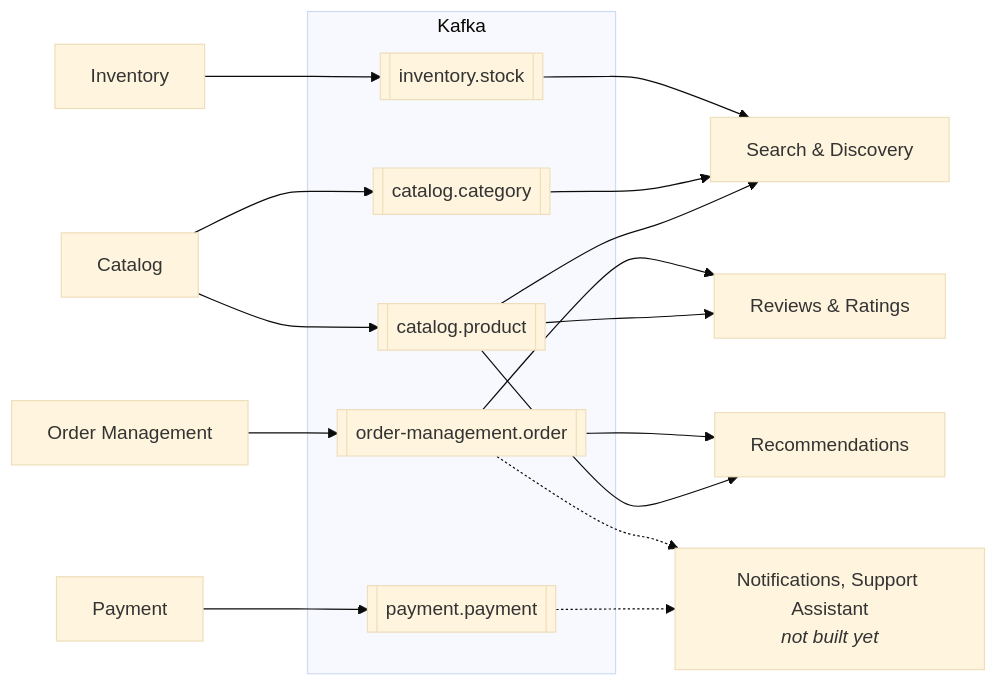
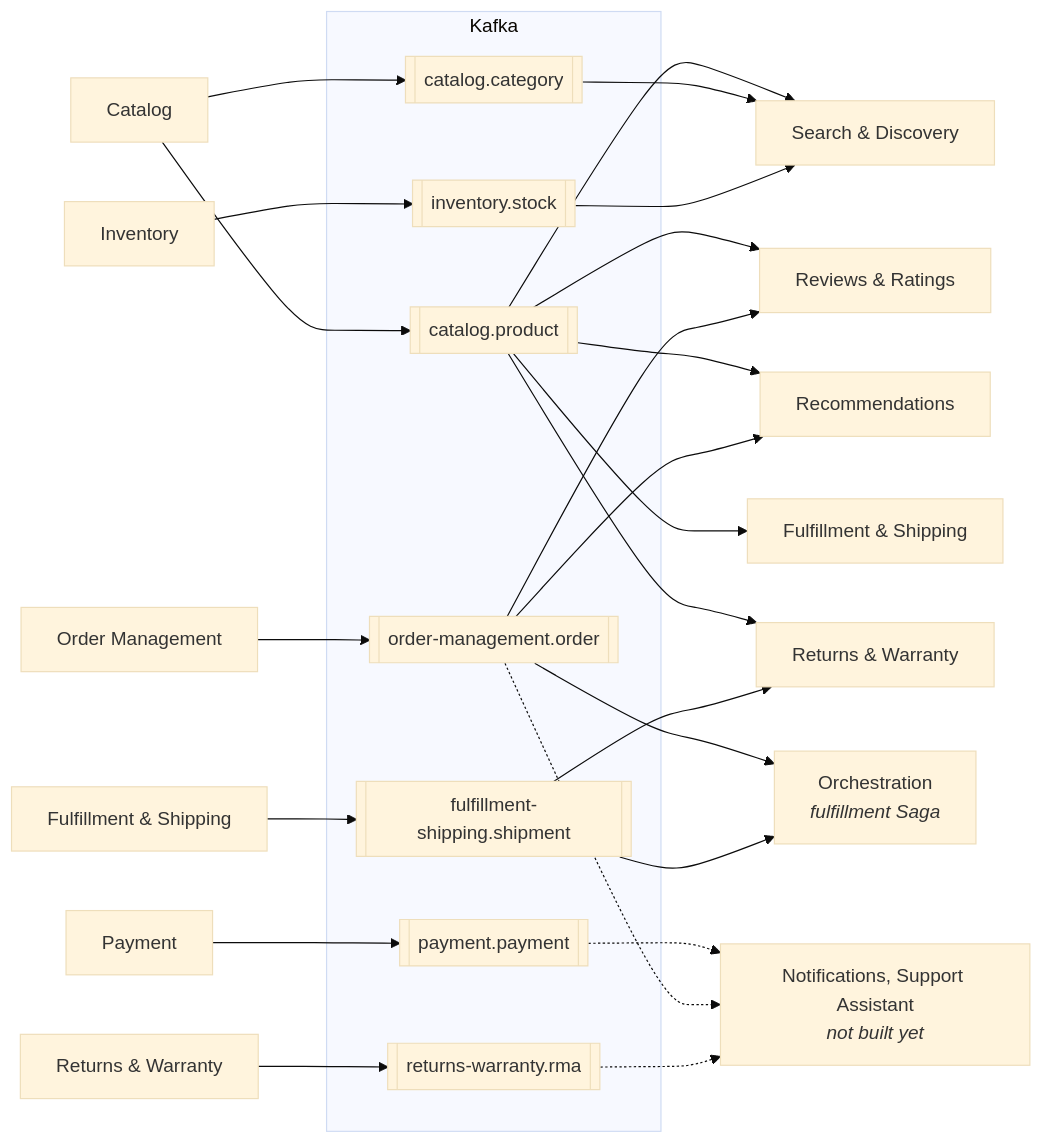
The third of 5 diagrams in docs/architecture.md (ondokuzz/ecomm), drawn with Mermaid (base theme) before and after one commit. The commit also changed other lines of this file, not shown here.

First line of the commit message:
Architecture: Fulfillment & Shipping, Returns & Warranty and the fulfillment Saga

````diff
--- a/docs/architecture.md
+++ b/docs/architecture.md
@@ -109,32 +122,43 @@
 ```mermaid
 flowchart LR
   catalog["Catalog"]
   inventory["Inventory"]
   orders["Order Management"]
   payment["Payment"]
+  fulfillment["Fulfillment & Shipping"]
+  returns["Returns & Warranty"]
 
   subgraph kafka["Kafka"]
     tProduct[["catalog.product"]]
     tCategory[["catalog.category"]]
     tStock[["inventory.stock"]]
     tOrder[["order-management.order"]]
     tPayment[["payment.payment"]]
+    tShipment[["fulfillment-shipping.shipment"]]
+    tRma[["returns-warranty.rma"]]
   end
 
   search["Search & Discovery"]
   reviews["Reviews & Ratings"]
   recs["Recommendations"]
+  fulfillmentIn["Fulfillment & Shipping"]
+  returnsIn["Returns & Warranty"]
+  orchestration["Orchestration<br/><i>fulfillment Saga</i>"]
   later["Notifications, Support Assistant<br/><i>not built yet</i>"]
 
   catalog --> tProduct & tCategory
   inventory --> tStock
   orders --> tOrder
   payment --> tPayment
+  fulfillment --> tShipment
+  returns --> tRma
 
-  tProduct --> search & reviews & recs
+  tProduct --> search & reviews & recs & fulfillmentIn & returnsIn
   tCategory --> search
   tStock --> search
-  tOrder --> reviews & recs
+  tOrder --> reviews & recs & orchestration
+  tShipment --> orchestration & returnsIn
   tPayment -.-> later
   tOrder -.-> later
+  tRma -.-> later
 ```
````
